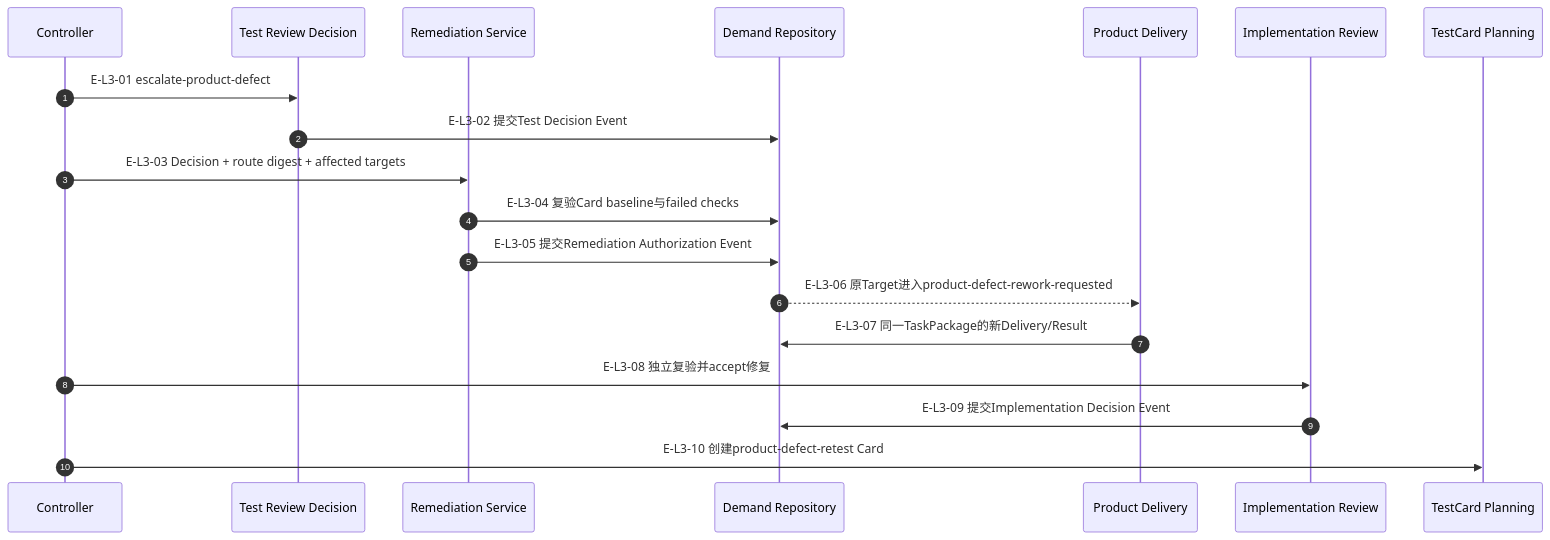
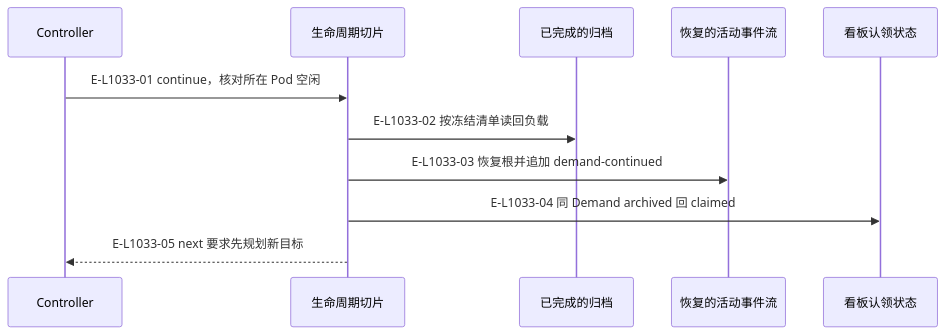
Before and after one commit to GxFn/Wakeflow: the third of 3 diagrams in wakeflow-architecture-atlas/maps/07-review-rework-completion/runtime-call-flow.md, drawn with Mermaid. The commit also changed other lines of this file and 71 other files, not shown here.

Commit message:
docs(atlas): align architecture maps with L1 nine-slice implementation

````diff
--- a/wakeflow-architecture-atlas/maps/07-review-rework-completion/runtime-call-flow.md
+++ b/wakeflow-architecture-atlas/maps/07-review-rework-completion/runtime-call-flow.md
@@ -127,25 +269,15 @@
 ```mermaid
 sequenceDiagram
-  accTitle: Product Defect Remediation授权返工与重新测试
-  accDescr: Controller Test Review把充分产品缺陷记录为Decision Event。Remediation Service复验当前Route、TestCard baseline、失败检查和原产品Target，提交Authorization Event并把产品Target推进到product-defect-rework-requested。Delivery在原TaskPackage内修复，Controller重新accept后，TestCard Planning创建绑定旧Card、Test Decision和Authorization的新Card代际。
-
-  autonumber
-  participant CTRL as Controller
-  participant TEST_REVIEW as Test Review Decision
-  participant REMEDIATION as Remediation Service
-  participant REPO as Demand Repository
-  participant DELIVERY as Product Delivery
-  participant IMPL_REVIEW as Implementation Review
-  participant CARD as TestCard Planning
-
-  CTRL->>TEST_REVIEW: E-L3-01 escalate-product-defect
-  TEST_REVIEW->>REPO: E-L3-02 提交Test Decision Event
-  CTRL->>REMEDIATION: E-L3-03 Decision + route digest + affected targets
-  REMEDIATION->>REPO: E-L3-04 复验Card baseline与failed checks
-  REMEDIATION->>REPO: E-L3-05 提交Remediation Authorization Event
-  REPO-->>DELIVERY: E-L3-06 原Target进入product-defect-rework-requested
-  DELIVERY->>REPO: E-L3-07 同一TaskPackage的新Delivery/Result
-  CTRL->>IMPL_REVIEW: E-L3-08 独立复验并accept修复
-  IMPL_REVIEW->>REPO: E-L3-09 提交Implementation Decision Event
-  CTRL->>CARD: E-L3-10 创建product-defect-retest Card
+  accTitle: 从归档继续同一 Demand
+  accDescr: 从归档继续同一 Demand；箭头区分当前代码步骤、返回事实与明确的条件。
+  participant controller as Controller
+  participant slice as 生命周期切片
+  participant archive as 已完成的归档
+  participant event as 恢复的活动事件流
+  participant board as 看板认领状态
+  controller->>slice: E-L1033-01 continue，核对所在 Pod 空闲
+  slice->>archive: E-L1033-02 按冻结清单读回负载
+  slice->>event: E-L1033-03 恢复根并追加 demand-continued
+  slice->>board: E-L1033-04 同 Demand archived 回 claimed
+  slice-->>controller: E-L1033-05 next 要求先规划新目标
 ```
````
